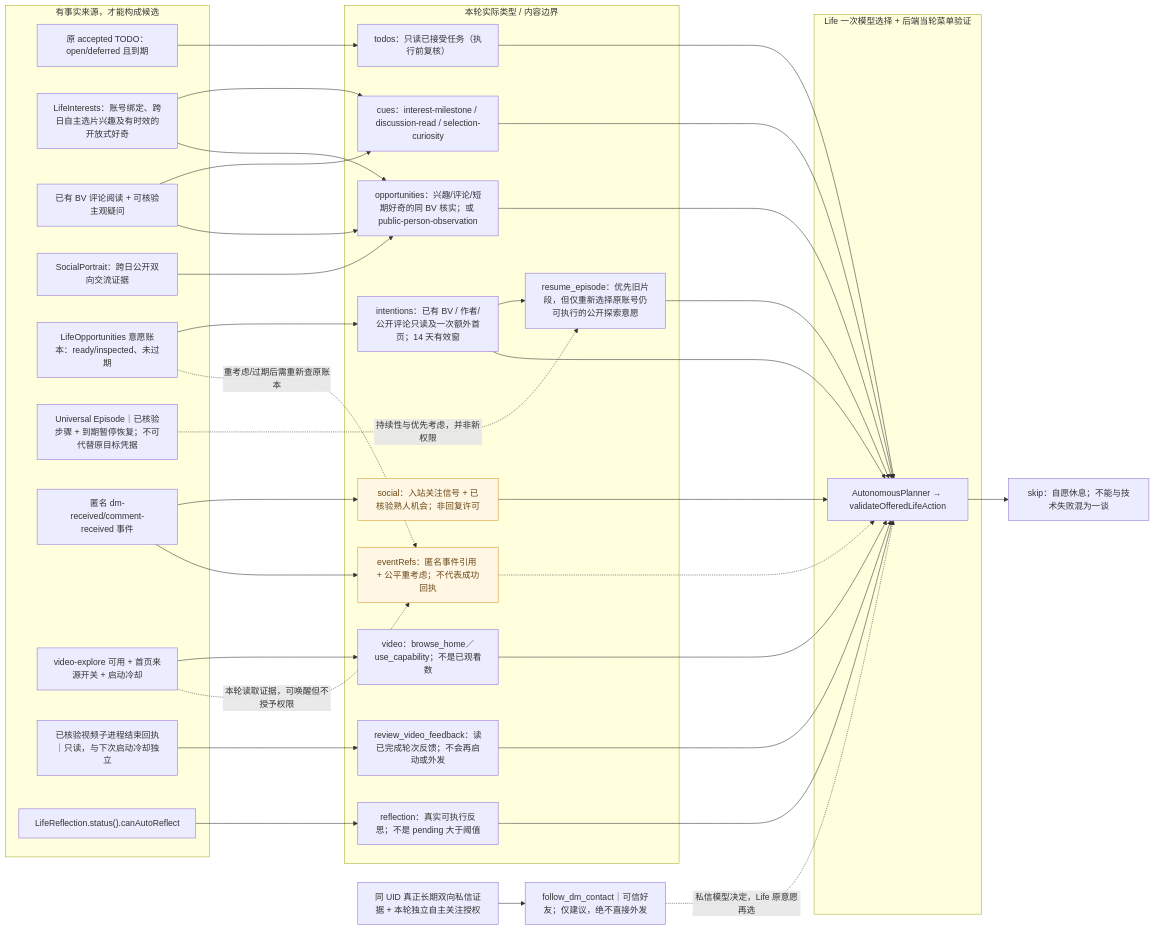
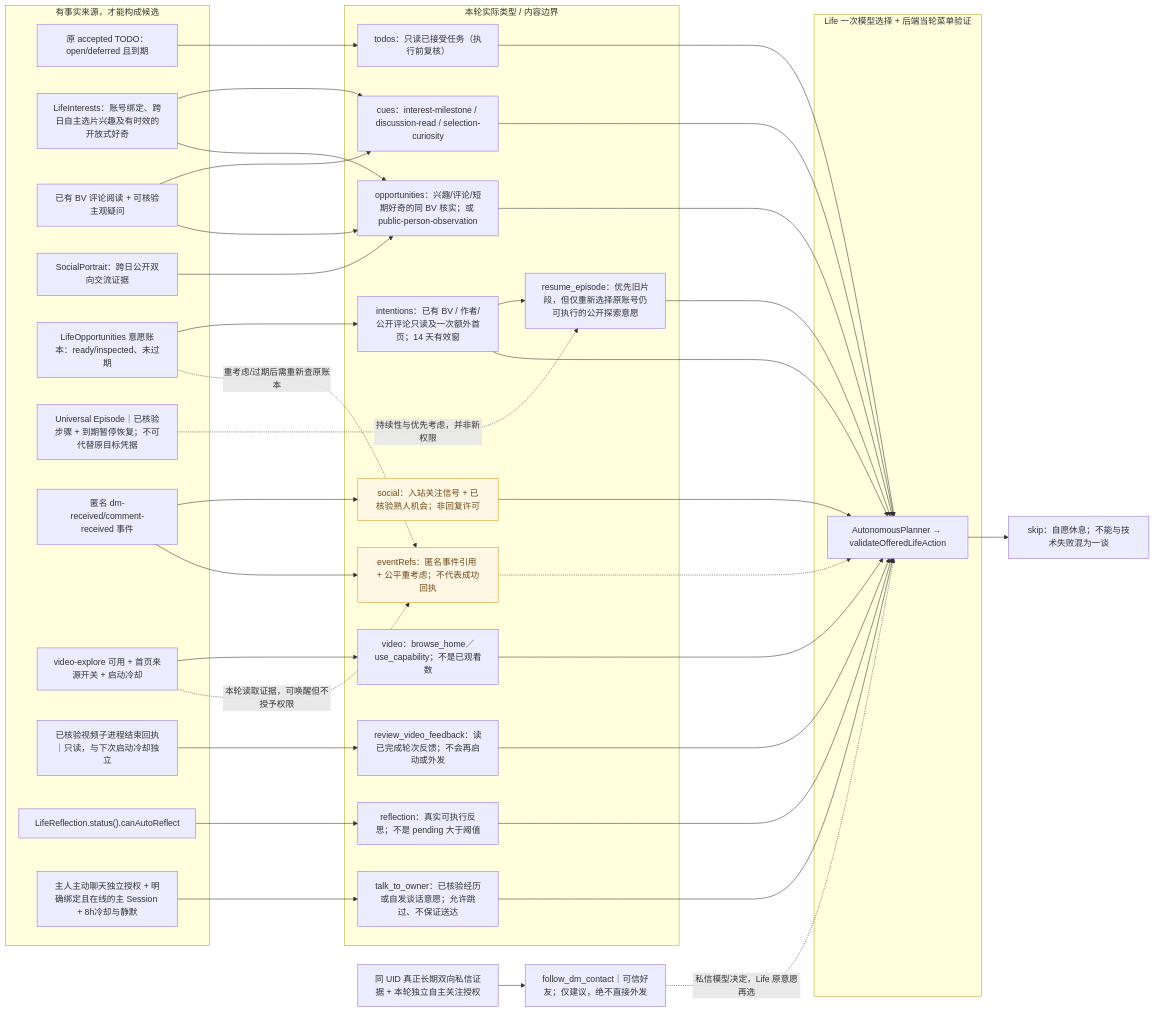
Before and after one commit to minedalang/dsh-dafeiyu-life: the diagram in docs/architecture/diagrams/life-candidates-current.mmd, drawn with Mermaid. The commit also changed 21 other files, not shown here.

First line of the commit message:
feat(life): 让 Life 自主考虑联系主人并接入原主 Session

```diff
--- a/docs/architecture/diagrams/life-candidates-current.mmd
+++ b/docs/architecture/diagrams/life-candidates-current.mmd
@@ -1,89 +1,97 @@
 %% 生活候选细目字典：这是当前项目的真实 schema 类型/选择约束，不是泛化的 AI 心理推演。
 flowchart LR
   subgraph inputs["有事实来源，才能构成候选"]
     sourceTodo["原 accepted TODO：open/deferred 且到期"]
     sourceInterest["LifeInterests：账号绑定、跨日自主选片兴趣及有时效的开放式好奇"]
     sourceDiscussion["已有 BV 评论阅读 + 可核验主观疑问"]
     sourcePerson["SocialPortrait：跨日公开双向交流证据"]
     sourceLife["LifeOpportunities 意愿账本：ready/inspected、未过期"]
     episodeState["Universal Episode｜已核验步骤 + 到期暂停恢复；不可代替原目标凭据"]
     sourceSocial["匿名 dm-received/comment-received 事件"]
     sourceVideo["video-explore 可用 + 首页来源开关 + 启动冷却"]
     sourceVideoFeedback["已核验视频子进程结束回执｜只读，与下次启动冷却独立"]
     sourceReflect["LifeReflection.status().canAutoReflect"]
+    sourceOwner["主人主动聊天独立授权 + 明确绑定且在线的主 Session + 8h冷却与静默"]
   end
   subgraph candidates["本轮实际类型 / 内容边界"]
     todos["todos：只读已接受任务（执行前复核）"]
     cues["cues：interest-milestone / discussion-read / selection-curiosity"]
     opportunities["opportunities：兴趣/评论/短期好奇的同 BV 核实；或 public-person-observation"]
     intentions["intentions：已有 BV / 作者/公开评论只读及一次额外首页；14 天有效窗"]
     resume["resume_episode：优先旧片段，但仅重新选择原账号仍可执行的公开探索意愿"]
     social["social：入站关注信号 + 已核验熟人机会；非回复许可"]
     video["video：browse_home／use_capability；不是已观看数"]
     reviewFeedback["review_video_feedback：读已完成轮次反馈；不会再启动或外发"]
     reflection["reflection：真实可执行反思；不是 pending 大于阈值"]
+    ownerChat["talk_to_owner：已核验经历或自发谈话意愿；允许跳过、不保证送达"]
     eventRefs["eventRefs：匿名事件引用 + 公平重考虑；不代表成功回执"]
   end
   sourceTodo --> todos
   sourceInterest --> cues
   sourceDiscussion --> cues
   sourceInterest --> opportunities
   sourceDiscussion --> opportunities
   sourcePerson --> opportunities
   sourceLife --> intentions
   episodeState -.->|持续性与优先考虑，并非新权限| resume
   intentions --> resume
   sourceSocial --> social
   sourceVideo --> video
   sourceVideoFeedback --> reviewFeedback
   sourceReflect --> reflection
+  sourceOwner --> ownerChat
   sourceSocial --> eventRefs
   sourceVideo -.->|本轮读取证据，可唤醒但不授予权限| eventRefs
   sourceLife -.->|重考虑/过期后需重新查原账本| eventRefs
   subgraph choice["Life 一次模型选择 + 后端当轮菜单验证"]
     planner["AutonomousPlanner → validateOfferedLifeAction"]
   end
   todos --> planner
   cues --> planner
   opportunities --> planner
   intentions --> planner
   resume --> planner
   social --> planner
   video --> planner
   reviewFeedback --> planner
   reflection --> planner
+  ownerChat --> planner
   eventRefs -.-> planner
   rest["skip：自愿休息；不能与技术失败混为一谈"]
   planner --> rest
   classDef partial fill:#fff7e4,stroke:#d99727,color:#6b4717
   class social,eventRefs partial
 
 %% @code todos | lib/owner-todos.mjs | export const READ_TODO_TYPES
 %% @code cues | lib/life-opportunities.mjs | const explorationCues=
 %% @code opportunities | lib/life-opportunities.mjs | export function deriveDiscussionOpportunities
 %% @code intentions | lib/life-opportunities.mjs | const intentions=
 %% @code social | lib/life-agent-events.mjs | const TYPES=new Set
 %% @code video | lib/autonomous-planner.mjs | if(homeEnabled&&lifeSkills.some
 %% @code reflection | lib/life-reflection.mjs | canAutoReflect
 %% @code eventRefs | lib/life-agent-events.mjs | export const lifeEventDebugRef
 %% @code planner | lib/autonomous-planner.mjs | export function validateOfferedLifeAction
 
 %% dev.33 maintenance: selection-curiosity from account-tagged verified selected BV only;
 %% no free-form title search, no automatic outbound approval.
 
 %% dev.35: Episode 的写入不是默认终点；需实际只读或主动休息 + 冷却后才能再写，仍无新权限。
 
 %% @code episodeState | lib/life-universal-episodes.mjs | const view=e=>
 %% @code resume | lib/autonomous-planner.mjs | action:'resume_episode'
 
 %% @code resume | lib/life-episode-entrypoints.mjs | export function prioritizeLifeContinuationCandidates
 
 %% @code reviewFeedback | lib/autonomous-planner.mjs | action:'review_video_feedback'
 
 %% dev.38：以下私信跟进动作由私信 Agent 自主提议，不能在顶层直接凭 UID 触发。
 dmHistory["同 UID 真正长期双向私信证据 + 本轮独立自主关注授权"]
 dmFollowCandidate["follow_dm_contact｜可信好友；仅建议，绝不直接外发"]
 dmHistory --> dmFollowCandidate
 dmFollowCandidate -.->|私信模型决定，Life 原意愿再选| planner
 %% @code dmHistory | lib/life-subagent-continuity.mjs | export function dmContactFollowCandidates
 %% @code dmFollowCandidate | lib/life-subagent-continuity.mjs | action:'follow_dm_contact'
+
+%% dev.42: Life-selected owner contact is opt-in and not delivery-confirmed.
+%% @code sourceOwner | lib/main-session-bridge.mjs | const ownerChatReadiness=
+%% @code ownerChat | lib/autonomous-planner.mjs | action:'talk_to_owner'
```
